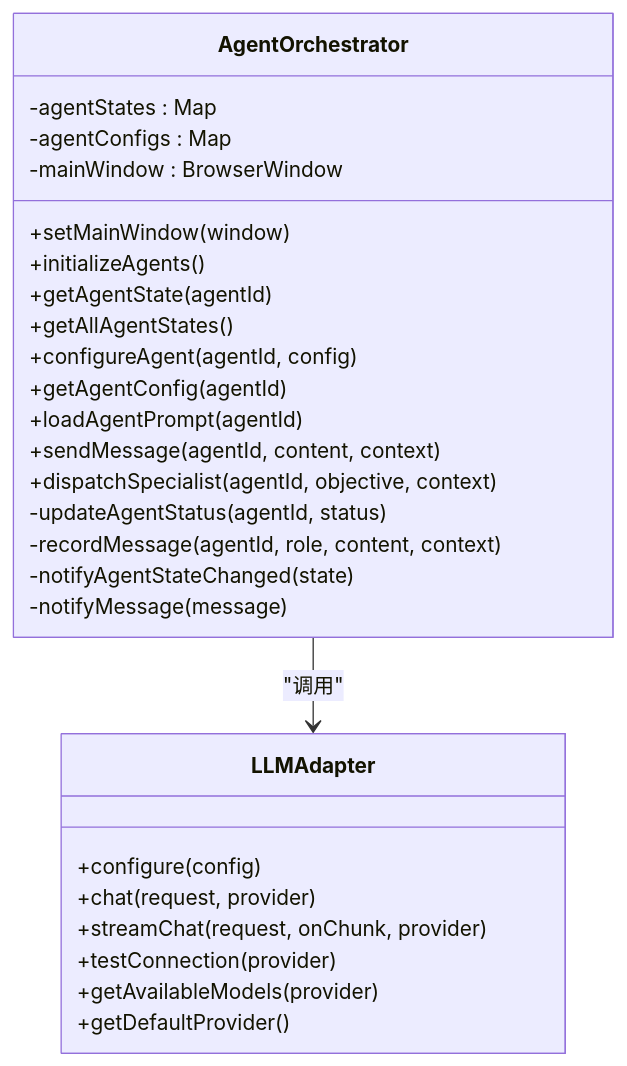
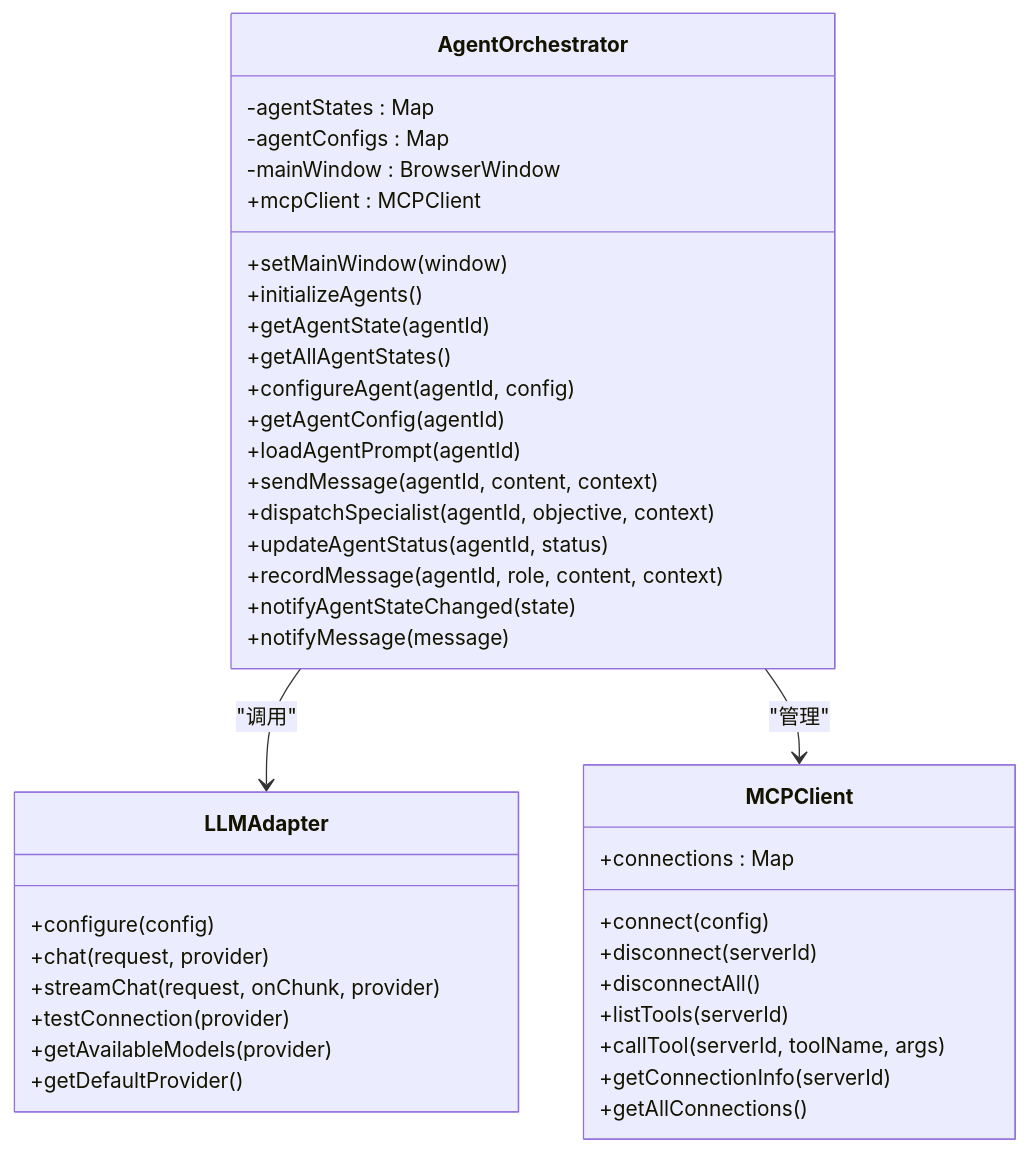
The third of 10 diagrams in .qoder/repowiki/zh/content/架构设计/Agent编排系统.md (haolange/RDC-Agent), drawn with Mermaid before and after one commit. The commit also changed other lines of this file and 3483 other files, not shown here.

````diff
--- a/.qoder/repowiki/zh/content/架构设计/Agent编排系统.md
+++ b/.qoder/repowiki/zh/content/架构设计/Agent编排系统.md
@@ -156,30 +194,42 @@
 ```mermaid
 classDiagram
 class AgentOrchestrator {
 -agentStates : Map
 -agentConfigs : Map
 -mainWindow : BrowserWindow
++mcpClient : MCPClient
 +setMainWindow(window)
 +initializeAgents()
 +getAgentState(agentId)
 +getAllAgentStates()
 +configureAgent(agentId, config)
 +getAgentConfig(agentId)
 +loadAgentPrompt(agentId)
 +sendMessage(agentId, content, context)
 +dispatchSpecialist(agentId, objective, context)
--updateAgentStatus(agentId, status)
--recordMessage(agentId, role, content, context)
--notifyAgentStateChanged(state)
--notifyMessage(message)
++updateAgentStatus(agentId, status)
++recordMessage(agentId, role, content, context)
++notifyAgentStateChanged(state)
++notifyMessage(message)
 }
 class LLMAdapter {
 +configure(config)
 +chat(request, provider)
 +streamChat(request, onChunk, provider)
 +testConnection(provider)
 +getAvailableModels(provider)
 +getDefaultProvider()
 }
+class MCPClient {
++connections : Map
++connect(config)
++disconnect(serverId)
++disconnectAll()
++listTools(serverId)
++callTool(serverId, toolName, args)
++getConnectionInfo(serverId)
++getAllConnections()
+}
 AgentOrchestrator --> LLMAdapter : "调用"
+AgentOrchestrator --> MCPClient : "管理"
 ```
````
